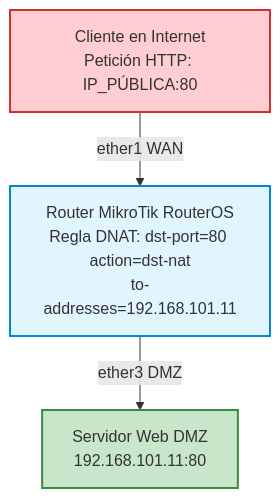
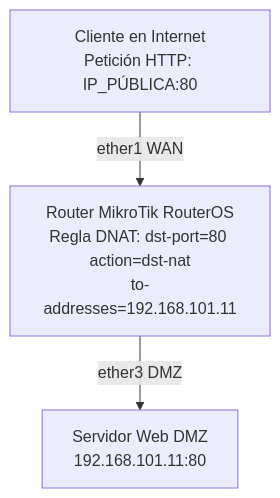
One commit to jmunozji/SAD changed the fifth of 7 diagrams in docs/Ud7 Seguridad Perimetral Cortafuegos y DMZ/Ud7_seguridad_perimetral_cortafuegos_y_dmz.md. Above: the diagram before and after it, drawn with Mermaid. The commit also changed other lines of this file and 1 other file, not shown here.

````diff
--- a/docs/Ud7 Seguridad Perimetral Cortafuegos y DMZ/Ud7_seguridad_perimetral_cortafuegos_y_dmz.md
+++ b/docs/Ud7 Seguridad Perimetral Cortafuegos y DMZ/Ud7_seguridad_perimetral_cortafuegos_y_dmz.md
@@ -247,9 +247,5 @@
 ```mermaid
 flowchart TD
     Cli["Cliente en Internet<br>Petición HTTP: IP_PÚBLICA:80"] -->|ether1 WAN| Mkt["Router MikroTik RouterOS<br>Regla DNAT: dst-port=80 action=dst-nat<br>to-addresses=192.168.101.11"]
     Mkt -->|ether3 DMZ| Srv["Servidor Web DMZ<br>192.168.101.11:80"]
-
-    style Cli fill:#ffcdd2,stroke:#d32f2f,stroke-width:2px
-    style Mkt fill:#e1f5fe,stroke:#0288d1,stroke-width:2px
-    style Srv fill:#c8e6c9,stroke:#388e3c,stroke-width:2px
 ```
````
